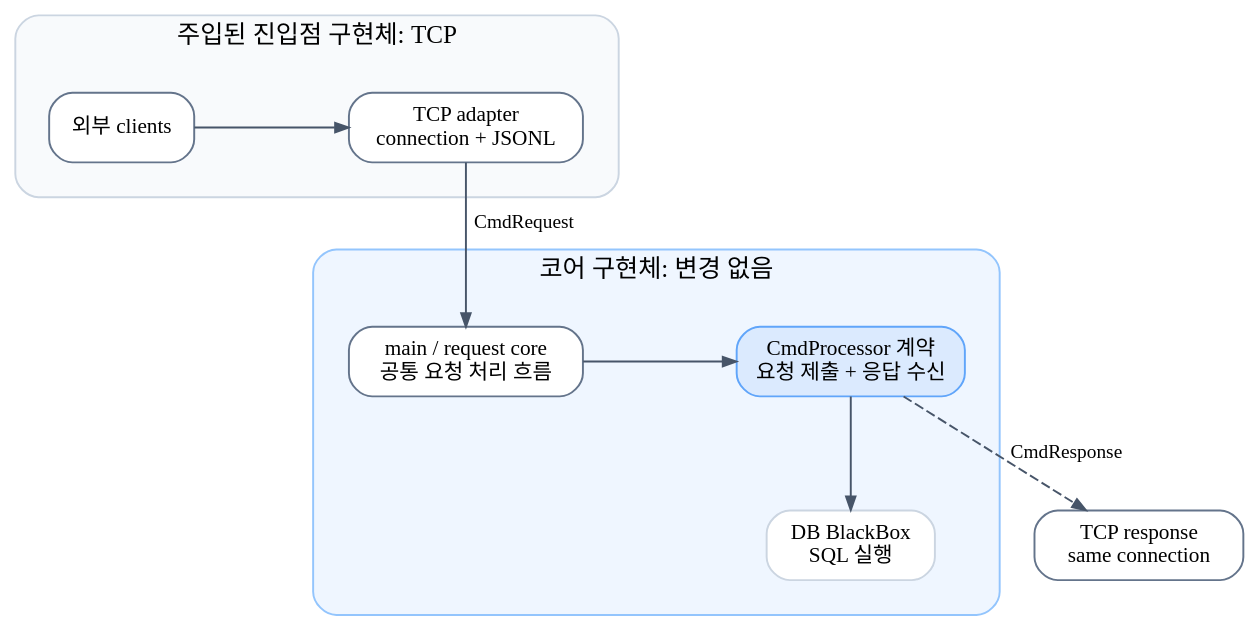
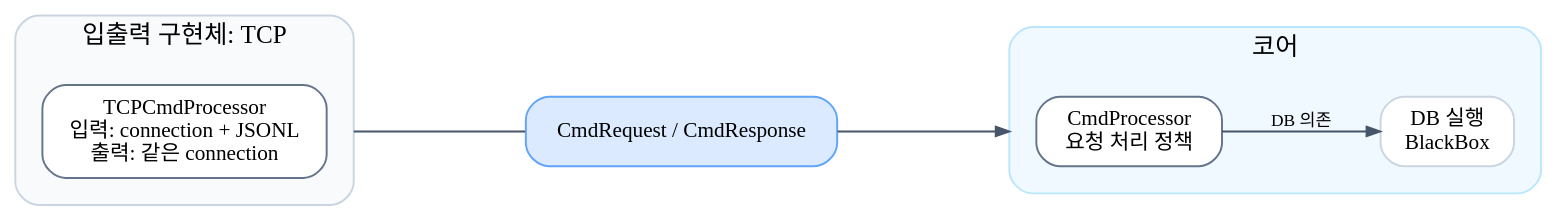
Before and after one commit to Wish-Upon-A-Star/SQL-B-Tree: the diagram in docs/sijun-yang/diagrams/004_cmd_processor_di_tcp_build.dot, drawn with Graphviz. The commit also changed 8 other files, not shown here.

Commit message:
docs: refine cmd processor architecture diagrams

```diff
--- a/docs/sijun-yang/diagrams/004_cmd_processor_di_tcp_build.dot
+++ b/docs/sijun-yang/diagrams/004_cmd_processor_di_tcp_build.dot
@@ -1,79 +1,85 @@
 digraph CmdProcessorDITcpBuild {
     graph [
-        rankdir=TB,
+        rankdir=LR,
         compound=true,
-        nodesep=0.55,
-        ranksep=0.65,
+        nodesep=0.35,
+        ranksep=0.7,
         splines=line,
         newrank=true,
         pad=0.2,
         bgcolor="transparent"
     ];
 
     node [
         shape=box,
         style="rounded,filled",
         fillcolor="white",
         color="#64748b",
         fontname="Pretendard",
         fontsize=11,
         margin="0.14,0.09"
     ];
 
     edge [
         color="#475569",
         fontname="Pretendard",
         fontsize=10,
         arrowsize=0.7
     ];
 
-    subgraph cluster_entrypoint {
-        label="주입된 진입점 구현체: TCP";
+    subgraph cluster_impl {
+        label="입출력 구현체: TCP";
         style="rounded,filled";
         color="#cbd5e1";
         fillcolor="#f8fafc";
         fontname="Pretendard";
         fontsize=13;
-        margin=18;
+        margin=14;
 
-        clients [label="외부 clients"];
-        tcp_adapter [label="TCP adapter\nconnection + JSONL"];
+        tcp_impl [
+            label="TCPCmdProcessor\n입력: connection + JSONL\n출력: 같은 connection",
+            fillcolor="#ffffff"
+        ];
     }
 
     subgraph cluster_core {
-        label="코어 구현체: 변경 없음";
+        label="코어";
         style="rounded,filled";
-        color="#93c5fd";
-        fillcolor="#eff6ff";
+        color="#bae6fd";
+        fillcolor="#f0f9ff";
         fontname="Pretendard";
         fontsize=13;
-        margin=18;
+        margin=14;
 
-        main_core [
-            label="main / request core\n공통 요청 처리 흐름"
-        ];
-
-        contract [
-            label="CmdProcessor 계약\n요청 제출 + 응답 수신",
-            fillcolor="#dbeafe",
-            color="#60a5fa"
+        cmd_processor [
+            label="CmdProcessor\n요청 처리 정책",
+            fillcolor="#ffffff"
         ];
 
         db [
-            label="DB BlackBox\nSQL 실행",
+            label="DB 실행\nBlackBox",
             fillcolor="#ffffff",
             color="#cbd5e1"
         ];
     }
 
-    response [label="TCP response\nsame connection"];
+    cmd_contract [
+        label="CmdRequest / CmdResponse",
+        fillcolor="#dbeafe",
+        color="#60a5fa",
+        margin="0.08,0.04"
+    ];
 
-    { rank=same; clients; tcp_adapter; }
-    { rank=same; main_core; contract; }
-    { rank=same; db; response; }
-
-    clients -> tcp_adapter;
-    tcp_adapter -> main_core [label="CmdRequest"];
-    main_core -> contract -> db;
-    contract -> response [style=dashed, label="CmdResponse"];
+    tcp_impl -> cmd_contract [
+        ltail=cluster_impl,
+        arrowhead=none,
+        minlen=2,
+        weight=10
+    ];
+    cmd_contract -> cmd_processor [
+        lhead=cluster_core,
+        minlen=2,
+        weight=10
+    ];
+    cmd_processor -> db [label="DB 의존", fontsize=9, minlen=1];
 }
```
